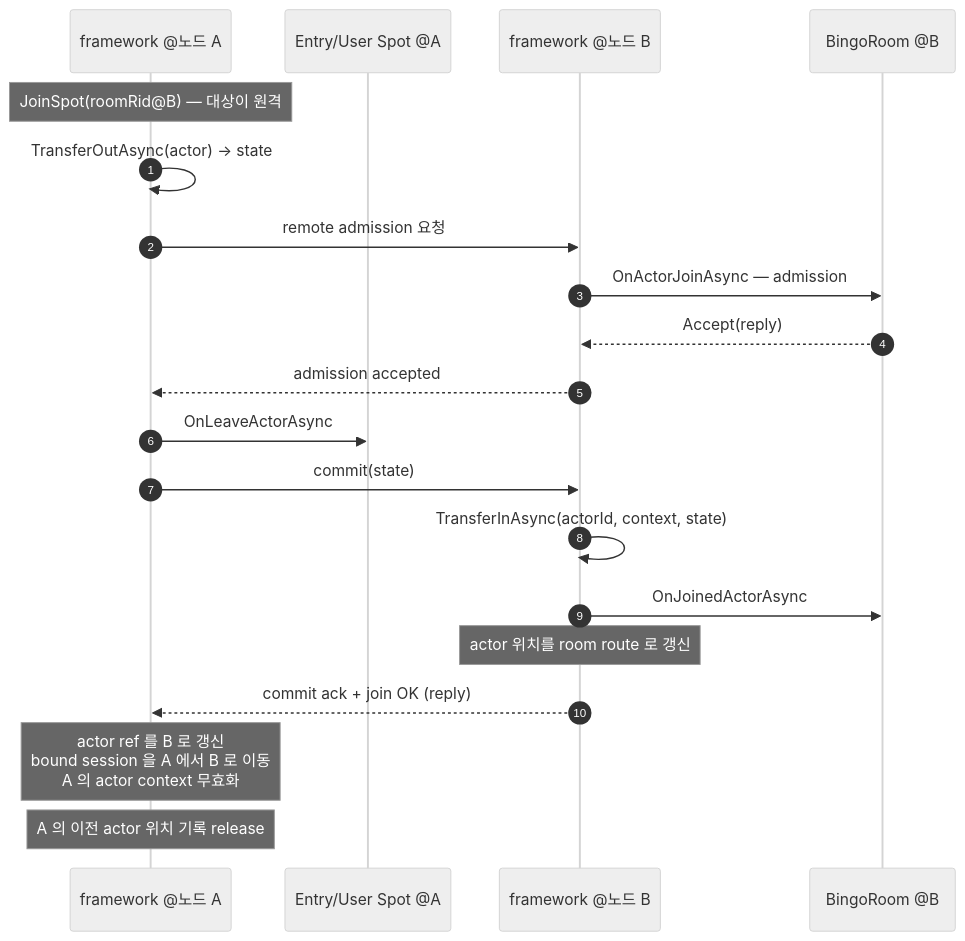
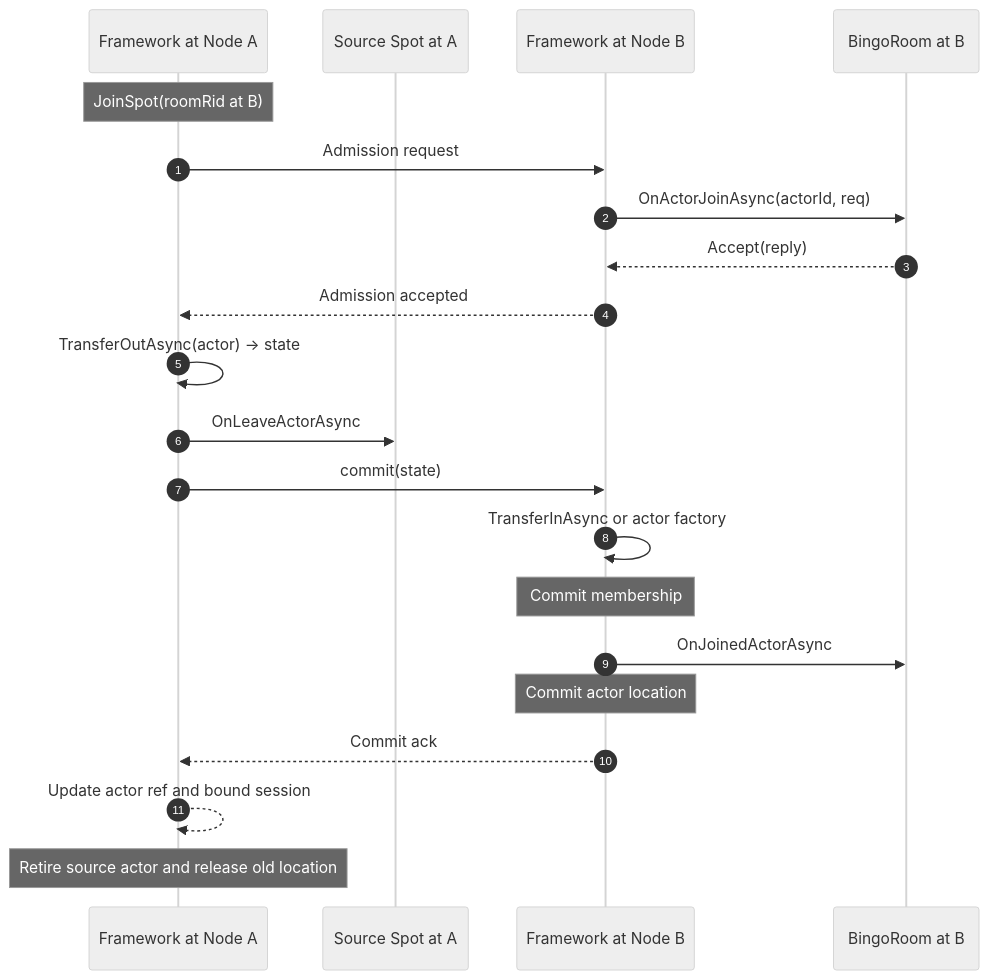
The second of 2 diagrams in framework/doc/framework/dotnet/guide/06-actor-spot.ko.md (kairos-code-dev/zlink), drawn with Mermaid (neutral theme) before and after one commit. The commit also changed other lines of this file and 76 other files, not shown here.

Commit message:
Implement .NET spot actor transfer contract

````diff
--- a/framework/doc/framework/dotnet/guide/06-actor-spot.ko.md
+++ b/framework/doc/framework/dotnet/guide/06-actor-spot.ko.md
@@ -192,22 +192,23 @@
 ```mermaid
 sequenceDiagram
   autonumber
-  participant CA as framework @노드 A
-  participant EA as Entry/User Spot @A
-  participant CB as framework @노드 B
-  participant R as BingoRoom @B
-  Note over CA: JoinSpot(roomRid@B) — 대상이 원격
+  participant CA as Framework at Node A
+  participant EA as Source Spot at A
+  participant CB as Framework at Node B
+  participant R as BingoRoom at B
+  Note over CA: JoinSpot(roomRid at B)
+  CA->>CB: Admission request
+  CB->>R: OnActorJoinAsync(actorId, req)
+  R-->>CB: Accept(reply)
+  CB-->>CA: Admission accepted
   CA->>CA: TransferOutAsync(actor) -> state
-  CA->>CB: remote admission 요청
-  CB->>R: OnActorJoinAsync — admission
-  R-->>CB: Accept(reply)
-  CB-->>CA: admission accepted
   CA->>EA: OnLeaveActorAsync
   CA->>CB: commit(state)
-  CB->>CB: TransferInAsync(actorId, context, state)
+  CB->>CB: TransferInAsync or actor factory
+  Note over CB: Commit membership
   CB->>R: OnJoinedActorAsync
-  Note over CB: actor 위치를 room route 로 갱신
-  CB-->>CA: commit ack + join OK (reply)
-  Note over CA: actor ref 를 B 로 갱신<br/>bound session 을 A 에서 B 로 이동<br/>A 의 actor context 무효화
-  Note over CA: A 의 이전 actor 위치 기록 release
+  Note over CB: Commit actor location
+  CB-->>CA: Commit ack
+  CA-->>CA: Update actor ref and bound session
+  Note over CA: Retire source actor and release old location
 ```
````
